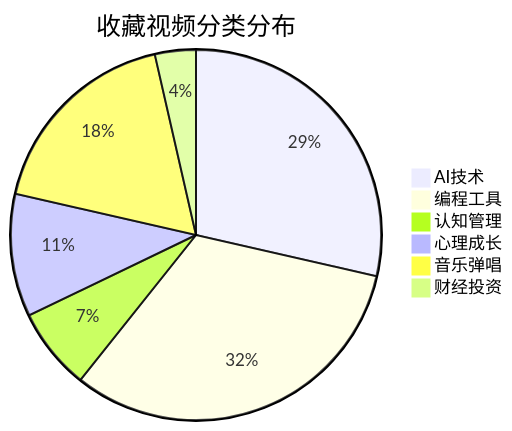
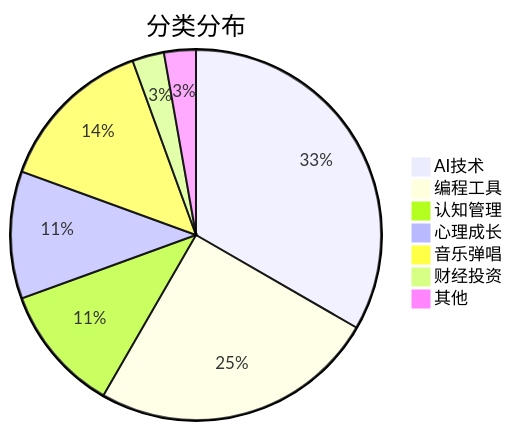
One commit to YoucanyouUp1/kb-vault2 changed the diagram in 抖音收藏视频总览.md. Above: the diagram before and after it, drawn with Mermaid. The commit also changed other lines of this file and 12 other files, not shown here.

````diff
--- a/抖音收藏视频总览.md
+++ b/抖音收藏视频总览.md
@@ -78,9 +42,10 @@
 ```mermaid
-pie title 收藏视频分类分布
-    "AI技术" : 8
+pie title 分类分布
+    "AI技术" : 12
     "编程工具" : 9
-    "认知管理" : 2
-    "心理成长" : 3
+    "认知管理" : 4
+    "心理成长" : 4
     "音乐弹唱" : 5
     "财经投资" : 1
+    "其他" : 1
 ```
````
